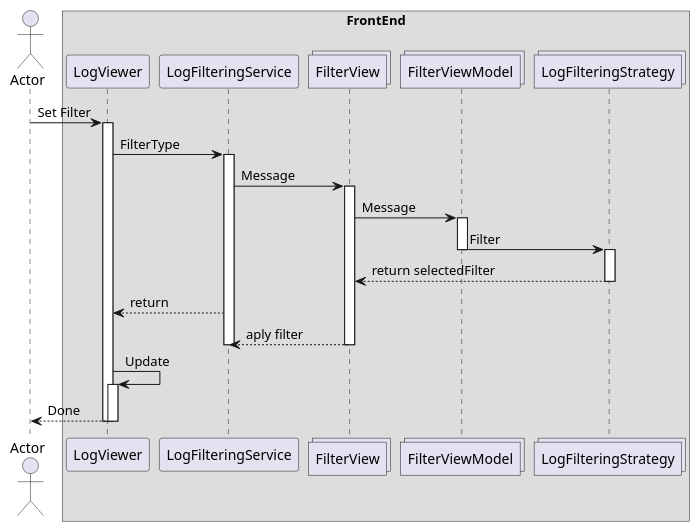
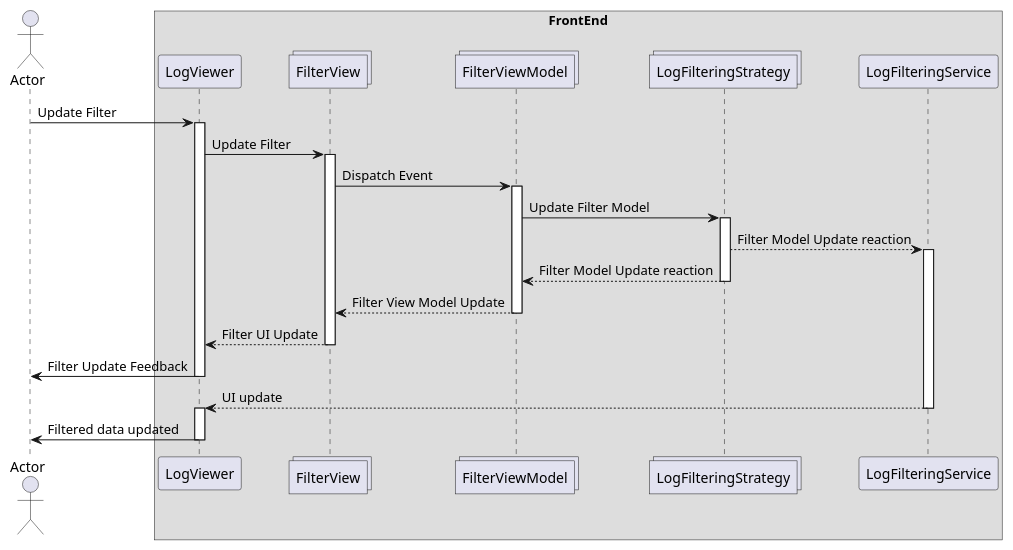
The fourth of 13 diagrams in allegato_tecnico.md (sevenelevendevunipd/docs), drawn with PlantUML before and after one commit. The commit also changed other lines of this file, not shown here.

````diff
--- a/allegato_tecnico.md
+++ b/allegato_tecnico.md
@@ -261,34 +315,35 @@
 ```{ .plantuml caption="Diagramma V2"}
 @startuml
 actor Actor
 box "FrontEnd"
 participant LogViewer
-participant LogFilteringService
 collections  FilterView
 collections FilterViewModel
 collections LogFilteringStrategy
+participant LogFilteringService
 end box
-Actor -> LogViewer: Set Filter
+Actor -> LogViewer: Update Filter
 activate LogViewer
-LogViewer ->LogFilteringService: FilterType
+LogViewer -> FilterView: Update Filter
+activate FilterView
+FilterView -> FilterViewModel: Dispatch Event
+activate FilterViewModel
+FilterViewModel -> LogFilteringStrategy: Update Filter Model
+activate LogFilteringStrategy
+LogFilteringStrategy --> LogFilteringService: Filter Model Update reaction
 activate LogFilteringService
-LogFilteringService -> FilterView: Message
-activate FilterView
-FilterView -> FilterViewModel: Message
-activate FilterViewModel
-FilterViewModel -> LogFilteringStrategy: Filter
+FilterViewModel <-- LogFilteringStrategy: Filter Model Update reaction
+deactivate LogFilteringStrategy
+FilterView <-- FilterViewModel: Filter View Model Update
 deactivate FilterViewModel
-activate LogFilteringStrategy
-FilterView <--LogFilteringStrategy:return selectedFilter
-deactivate LogFilteringStrategy
-LogViewer <-- LogFilteringService: return
-LogFilteringService <-- FilterView: aply filter
+LogViewer <-- FilterView: Filter UI Update
+deactivate FilterView
+Actor <- LogViewer: Filter Update Feedback
+deactivate LogViewer
+LogViewer <-- LogFilteringService: UI update
 deactivate LogFilteringService
-deactivate FilterView
-LogViewer -> LogViewer: Update
 activate LogViewer
-Actor <-- LogViewer: Done
-deactivate LogViewer
+Actor <- LogViewer: Filtered data updated
 deactivate LogViewer
 @enduml
 ```
````
